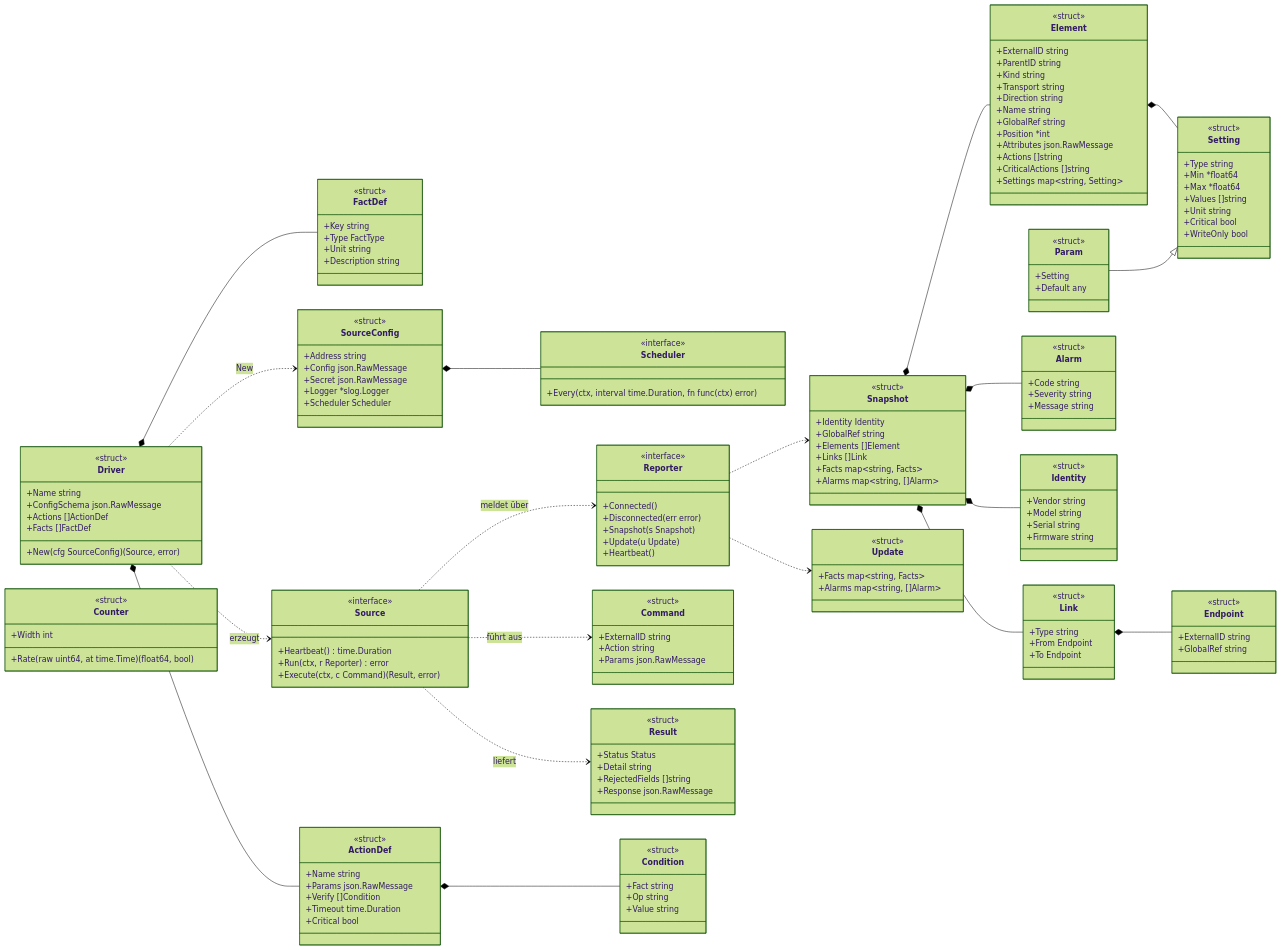
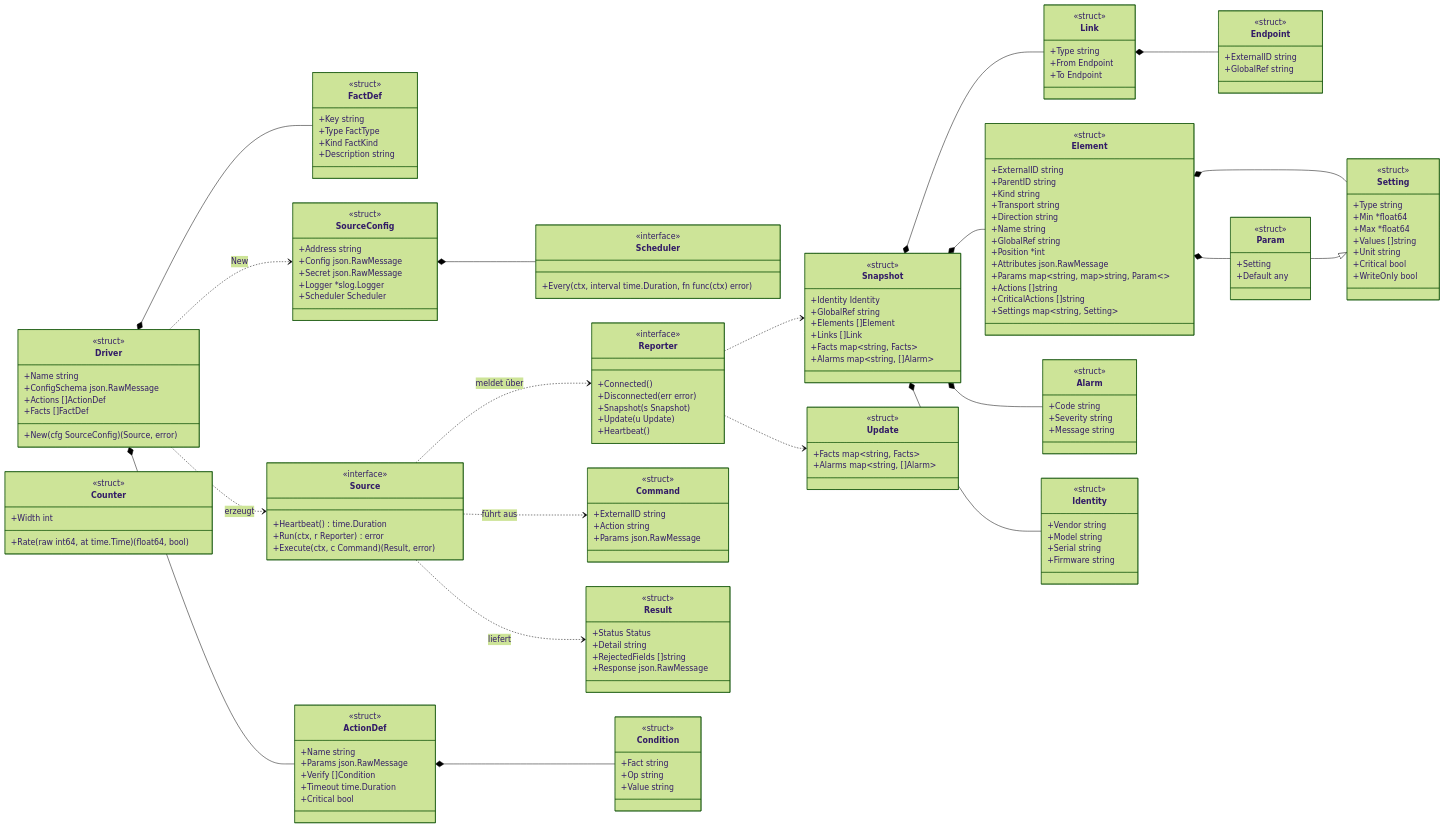
One commit to lukirs95/monika changed the first of 7 diagrams in docs/contracts/sdk.md. Above: the diagram before and after it, drawn with Mermaid (forest theme). The commit also changed other lines of this file and 11 other files, not shown here.

```diff
--- a/docs/contracts/sdk.md
+++ b/docs/contracts/sdk.md
@@ -29,7 +29,7 @@
         <<struct>>
         +Key string
         +Type FactType
-        +Unit string
+        +Kind FactKind
         +Description string
     }
     class SourceConfig {
@@ -83,6 +83,7 @@
         +GlobalRef string
         +Position *int
         +Attributes json.RawMessage
+        +Params map~string, map~string, Param~~
         +Actions []string
         +CriticalActions []string
         +Settings map~string, Setting~
@@ -128,7 +129,7 @@
     class Counter {
         <<struct>>
         +Width int
-        +Rate(raw uint64, at time.Time) (float64, bool)
+        +Rate(raw int64, at time.Time) (float64, bool)
     }
     class Identity {
         <<struct>>
@@ -174,6 +175,7 @@
     Snapshot *-- Link
     Snapshot *-- Alarm
     Element *-- Setting
+    Element *-- Param
     Param --|> Setting
     ActionDef *-- Condition
     Link *-- Endpoint
```
